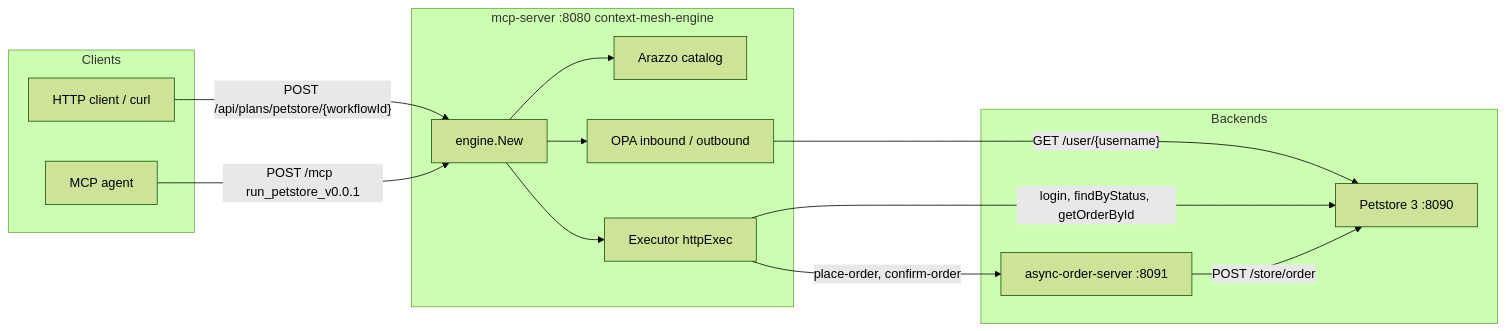
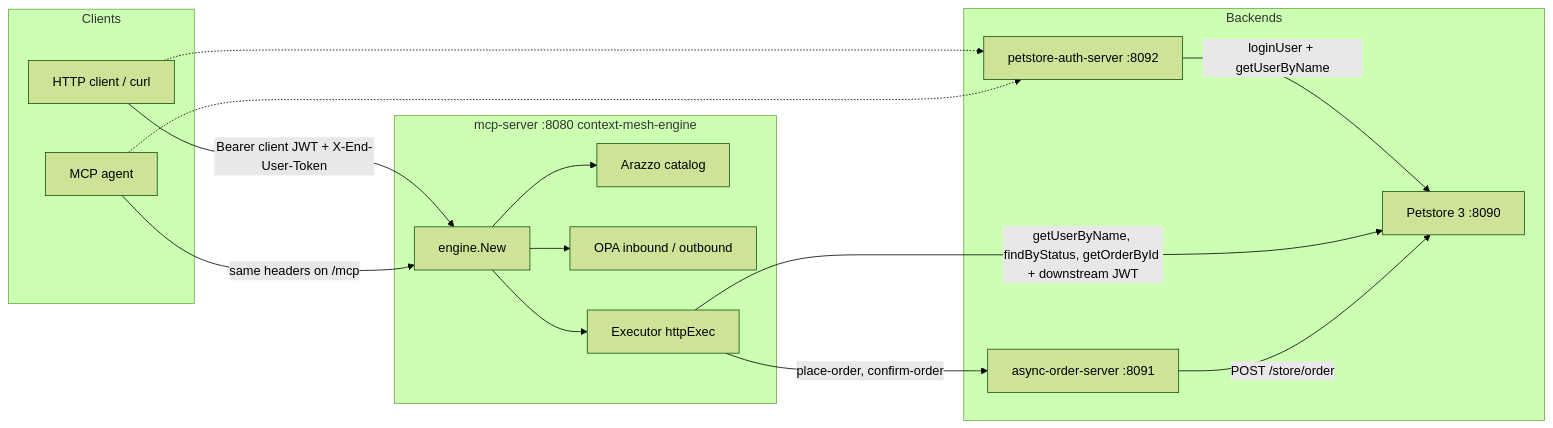
The first of 9 diagrams in examples/petstore/README.md (mevansam/context-mesh-engine), drawn with Mermaid (forest theme) before and after one commit. The commit also changed other lines of this file and 30 other files, not shown here.

````diff
--- a/examples/petstore/README.md
+++ b/examples/petstore/README.md
@@ -60,29 +62,32 @@
 ```mermaid
 flowchart LR
   subgraph clients [Clients]
     REST["HTTP client / curl"]
     MCP["MCP agent"]
   end
 
   subgraph host ["mcp-server :8080 context-mesh-engine"]
     Engine["engine.New"]
     Catalog["Arazzo catalog"]
     OPA["OPA inbound / outbound"]
     Exec["Executor httpExec"]
     Engine --> Catalog
     Engine --> OPA
     Engine --> Exec
   end
 
   subgraph backends [Backends]
+    Auth["petstore-auth-server :8092"]
     Pet["Petstore 3 :8090"]
     Async["async-order-server :8091"]
   end
 
-  REST -->|"POST /api/plans/petstore/{workflowId}"| Engine
-  MCP -->|"POST /mcp  run_petstore_v0.0.1"| Engine
-  Exec -->|"login, findByStatus, getOrderById"| Pet
+  REST -->|"Bearer client JWT + X-End-User-Token"| Engine
+  MCP -->|"same headers on /mcp"| Engine
+  REST -.-> Auth
+  MCP -.-> Auth
+  Auth -->|"loginUser + getUserByName"| Pet
+  Exec -->|"getUserByName, findByStatus, getOrderById + downstream JWT"| Pet
   Exec -->|"place-order, confirm-order"| Async
-  OPA -->|"GET /user/{username}"| Pet
   Async -->|"POST /store/order"| Pet
 ```
````
